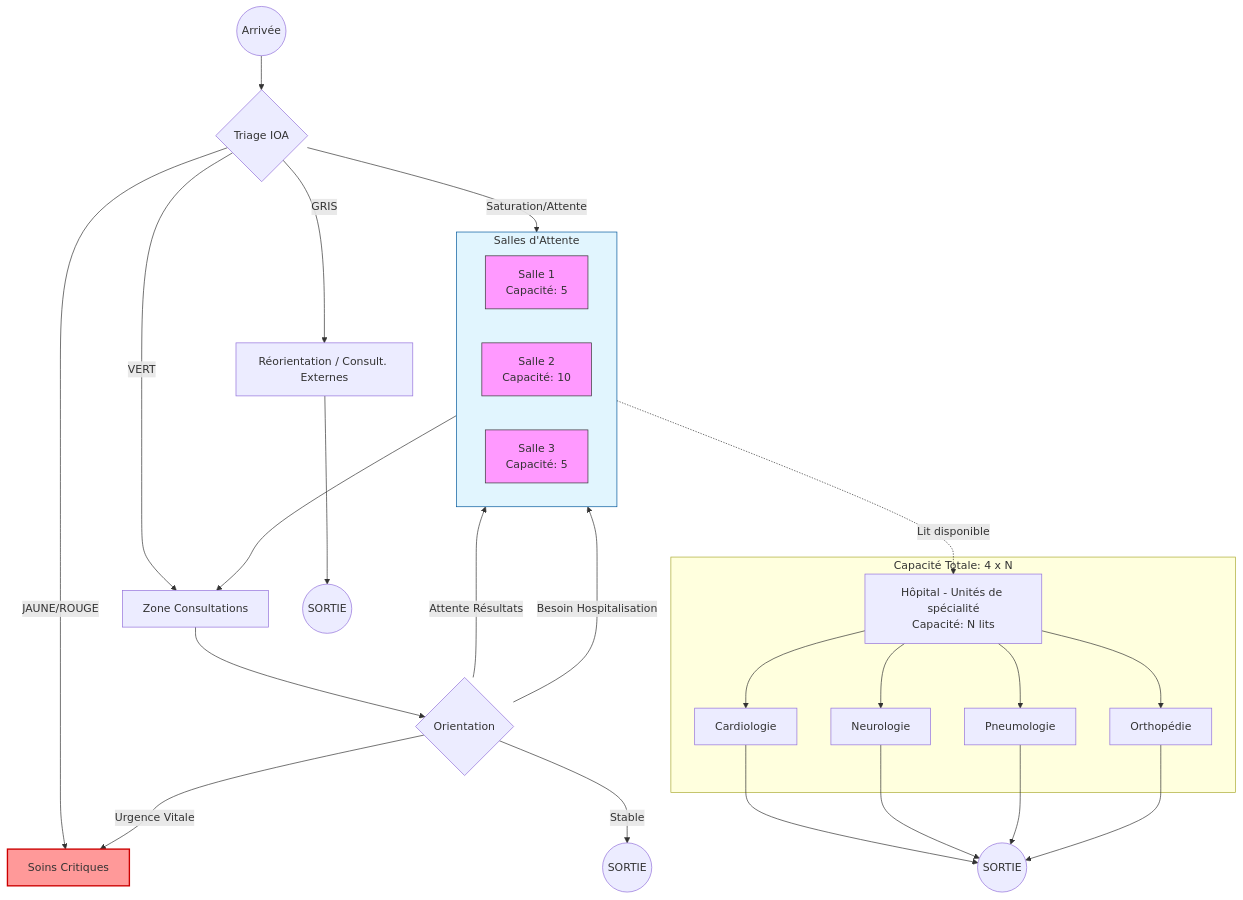
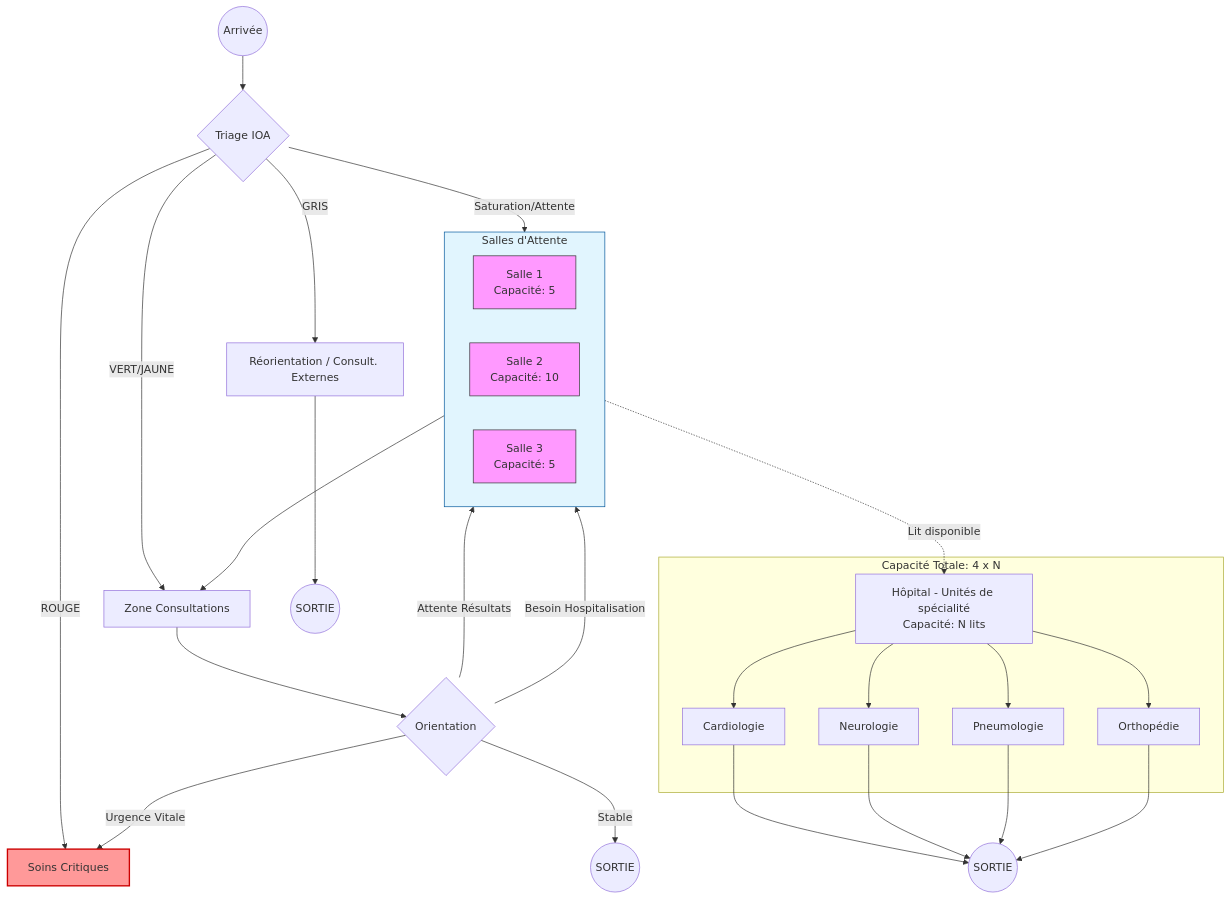
One commit to rsquaredata/emergency_manager changed the diagram in docs/architecture.md. Above: the diagram before and after it, drawn with Mermaid.

````diff
--- a/docs/architecture.md
+++ b/docs/architecture.md
@@ -1,55 +1,55 @@
 ```mermaid
 graph TD
     %% Entrée et Triage Direct
     Start((Arrivée)) --> IOA{Triage IOA}
 
     %% Flux Directs depuis Triage
     IOA -->|GRIS| Reorient[Réorientation / Consult. Externes]
-    IOA -->|JAUNE/ROUGE| Critical[Soins Critiques]
-    IOA -->|VERT| Consult[Zone Consultations]
+    IOA -->|ROUGE| Critical[Soins Critiques]
+    IOA -->|VERT/JAUNE| Consult[Zone Consultations]
     IOA -->|Saturation/Attente| SA
 
     %% Réorientation vers Sortie
     Reorient --> Out1((SORTIE))
 
     %% Salles d'Attente
     subgraph SA [Salles d'Attente]
         SA1[Salle 1<br/>Capacité: 5]
         SA2[Salle 2<br/>Capacité: 10]
         SA3[Salle 3<br/>Capacité: 5]
     end
 
     %% Flux depuis Salles d'Attente
     SA --> Consult
 
     %% Soins et Décisions
     Consult --> Decision{Orientation}
     
     %% Note: Suppression de la flèche Critical -> Decision selon consigne
 
     %% Issues de la décision
     Decision -->|Attente Résultats| SA
     Decision -->|Stable| Home((SORTIE))
     Decision -->|Besoin Hospitalisation| SA
     Decision -->|Urgence Vitale| Critical
 
     %% Transfert vers l'Hôpital
     SA -.->|Lit disponible| Units[Hôpital - Unités de spécialité<br/>Capacité: N lits]
     
     subgraph Unites_Aval [Capacité Totale: 4 x N]
         Units --> Cardio[Cardiologie]
         Units --> Neuro[Neurologie]
         Units --> Pneumo[Pneumologie]
         Units --> Ortho[Orthopédie]
     end
 
     %% Sorties finales
     Cardio & Neuro & Pneumo & Ortho --> Out3((SORTIE))
 
     %% Style
     style SA1 fill:#f9f,stroke:#333
     style SA2 fill:#f9f,stroke:#333
     style SA3 fill:#f9f,stroke:#333
     style Critical fill:#ff9999,stroke:#cc0000,stroke-width:2px
     style SA fill:#e1f5fe,stroke:#01579b
 ```
````
